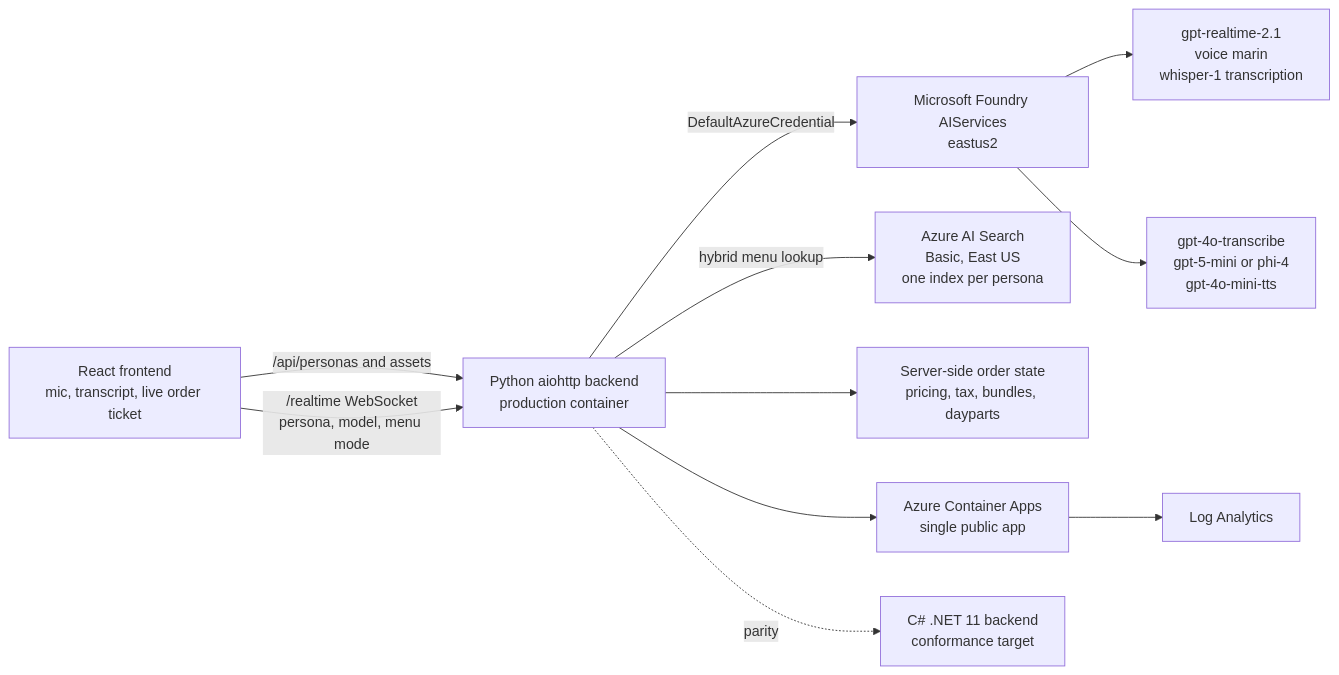
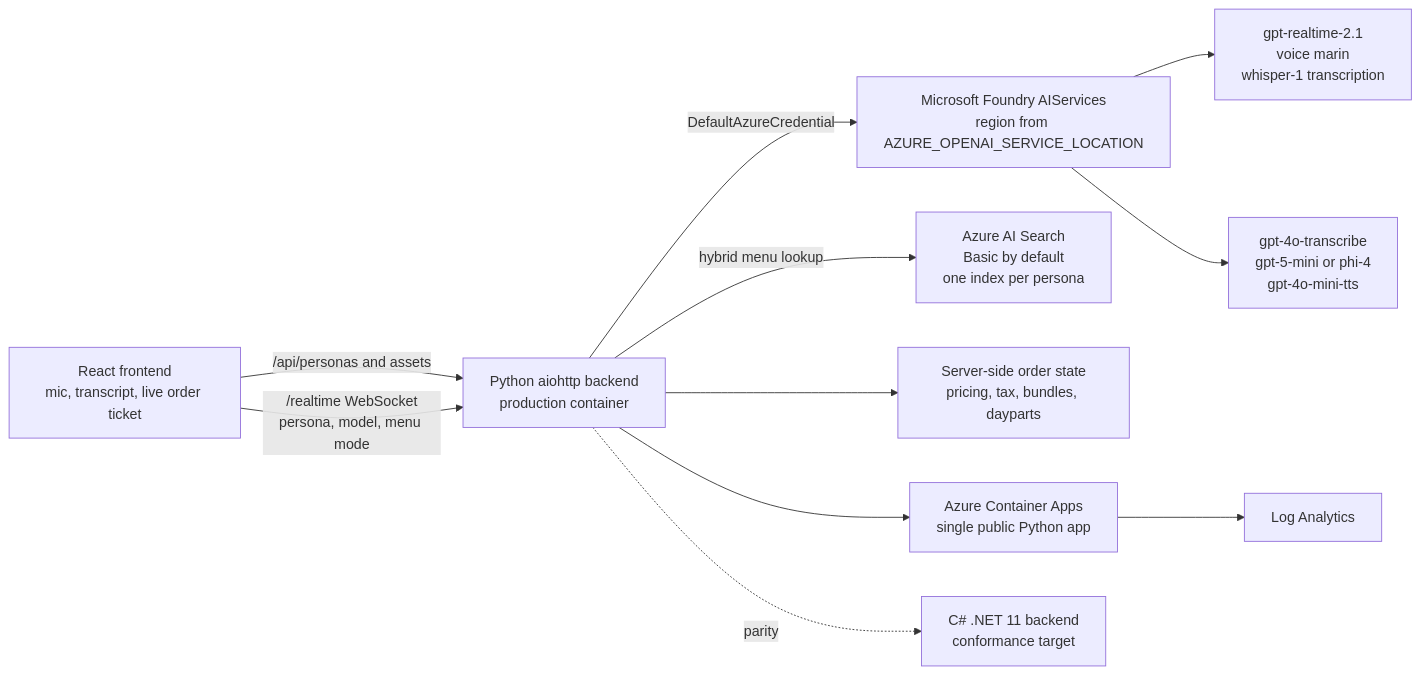
The diagram in README.md (swigerb/AzureAIDriveThru), drawn with Mermaid before and after one commit. The commit also changed other lines of this file and 9 other files, not shown here.

````diff
--- a/README.md
+++ b/README.md
@@ -28,13 +28,13 @@
 ```mermaid
 flowchart LR
     Browser[React frontend\nmic, transcript, live order ticket] -->|/api/personas and assets| Backend[Python aiohttp backend\nproduction container]
     Browser -->|/realtime WebSocket\npersona, model, menu mode| Backend
-    Backend -->|DefaultAzureCredential| Foundry[Microsoft Foundry AIServices\neastus2]
-    Backend -->|hybrid menu lookup| Search[Azure AI Search\nBasic, East US\none index per persona]
+    Backend -->|DefaultAzureCredential| Foundry[Microsoft Foundry AIServices\nregion from AZURE_OPENAI_SERVICE_LOCATION]
+    Backend -->|hybrid menu lookup| Search[Azure AI Search\nBasic by default\none index per persona]
     Backend --> Order[Server-side order state\npricing, tax, bundles, dayparts]
     Foundry --> RT[gpt-realtime-2.1\nvoice marin\nwhisper-1 transcription]
     Foundry --> Cascade[gpt-4o-transcribe\ngpt-5-mini or phi-4\ngpt-4o-mini-tts]
-    Backend --> ACA[Azure Container Apps\nsingle public app]
+    Backend --> ACA[Azure Container Apps\nsingle public Python app]
     ACA --> Logs[Log Analytics]
     Backend -. parity .-> Dotnet[C# .NET 11 backend\nconformance target]
 ```
````
